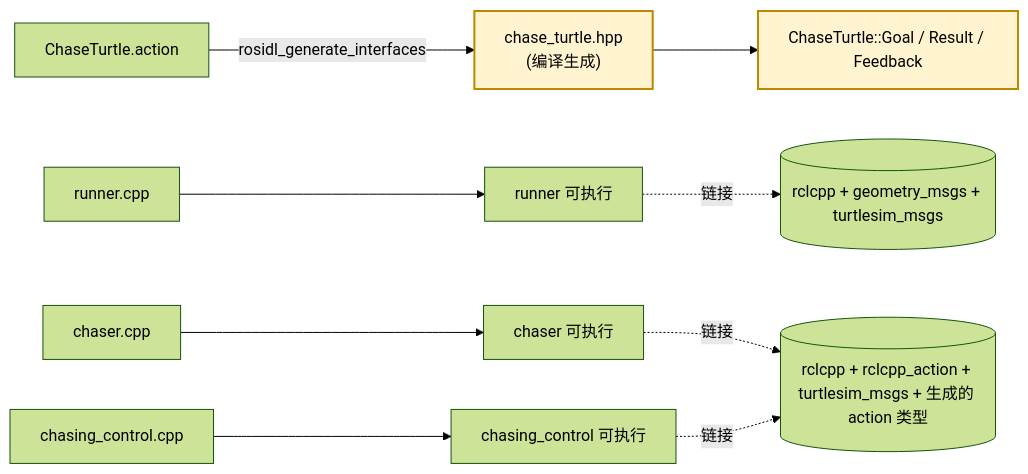
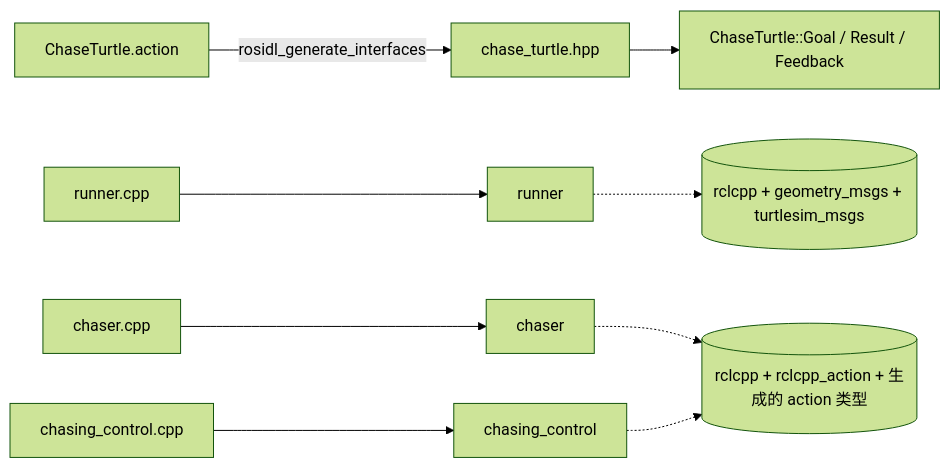
One commit to Korotomx/STD changed the first of 4 diagrams in ROS2/学习笔记/项目学习/turtle_chase_game_项目总结.md. Above: the diagram before and after it, drawn with Mermaid (forest theme). The commit also changed other lines of this file and 173 other files, not shown here.

````diff
--- a/ROS2/学习笔记/项目学习/turtle_chase_game_项目总结.md
+++ b/ROS2/学习笔记/项目学习/turtle_chase_game_项目总结.md
@@ -28,16 +34,11 @@
 ```mermaid
 flowchart LR
-    A["ChaseTurtle.action"] -->|"rosidl_generate_interfaces"| G["chase_turtle.hpp<br/>(编译生成)"]
+    A["ChaseTurtle.action"] -->|"rosidl_generate_interfaces"| G["chase_turtle.hpp"]
     G --> G2["ChaseTurtle::Goal / Result / Feedback"]
-
-    B["runner.cpp"] --> E1["runner 可执行"]
-    C["chaser.cpp"] --> E2["chaser 可执行"]
-    D["chasing_control.cpp"] --> E3["chasing_control 可执行"]
-
-    E1 -.链接.-> R[(rclcpp + geometry_msgs + turtlesim_msgs)]
-    E2 -.链接.-> R2[(rclcpp + rclcpp_action + turtlesim_msgs + 生成的 action 类型)]
-    E3 -.链接.-> R2
-
-    classDef gen fill:#fff3d0,stroke:#b80,stroke-width:2px;
-    class G,G2 gen;
+    B["runner.cpp"] --> E1["runner"]
+    C["chaser.cpp"] --> E2["chaser"]
+    D["chasing_control.cpp"] --> E3["chasing_control"]
+    E1 -.-> R1[(rclcpp + geometry_msgs + turtlesim_msgs)]
+    E2 -.-> R2[(rclcpp + rclcpp_action + 生成的 action 类型)]
+    E3 -.-> R2
 ```
````
